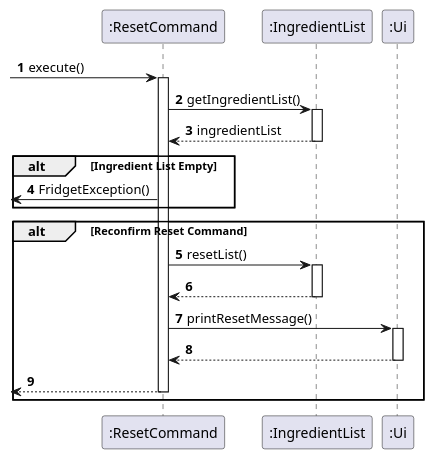
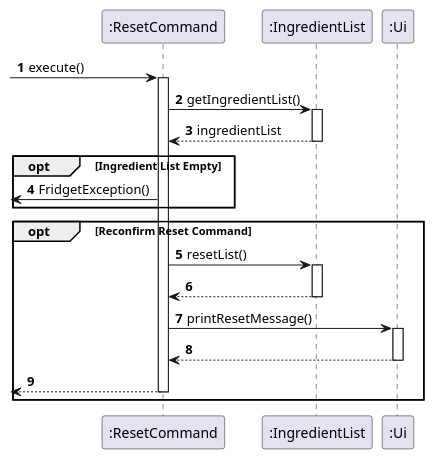
The diagram in docs/umlDiagrams/ResetSequence.puml (uosjapuelks/tp), drawn with PlantUML before and after one commit. The commit also changed 1 other file, not shown here.

Commit message:
Fix alt to opt in ResetSequence

```diff
--- a/docs/umlDiagrams/ResetSequence.puml
+++ b/docs/umlDiagrams/ResetSequence.puml
@@ -1,34 +1,34 @@
 @startuml
 'https://plantuml.com/sequence-diagram
 
 autonumber
 
 -> ":ResetCommand": execute()
 activate ":ResetCommand"
 
 ":ResetCommand" -> ":IngredientList": getIngredientList()
 activate ":IngredientList"
 ":ResetCommand" <-- ":IngredientList": ingredientList
 deactivate ":IngredientList"
 
-alt Ingredient List Empty
+opt Ingredient List Empty
 <- ":ResetCommand": FridgetException()
 end
 
-alt Reconfirm Reset Command
+opt Reconfirm Reset Command
 
     ":ResetCommand" -> ":IngredientList": resetList()
     activate ":IngredientList"
     ":ResetCommand" <-- ":IngredientList":
     deactivate ":IngredientList"
 
     ":ResetCommand" -> ":Ui": printResetMessage()
     activate ":Ui"
     ":ResetCommand" <-- ":Ui"
     deactivate ":Ui"
 
     <-- ":ResetCommand"
     deactivate ":ResetCommand"
 end
 
 @enduml
```
